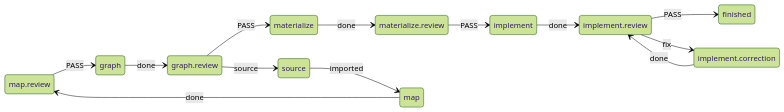
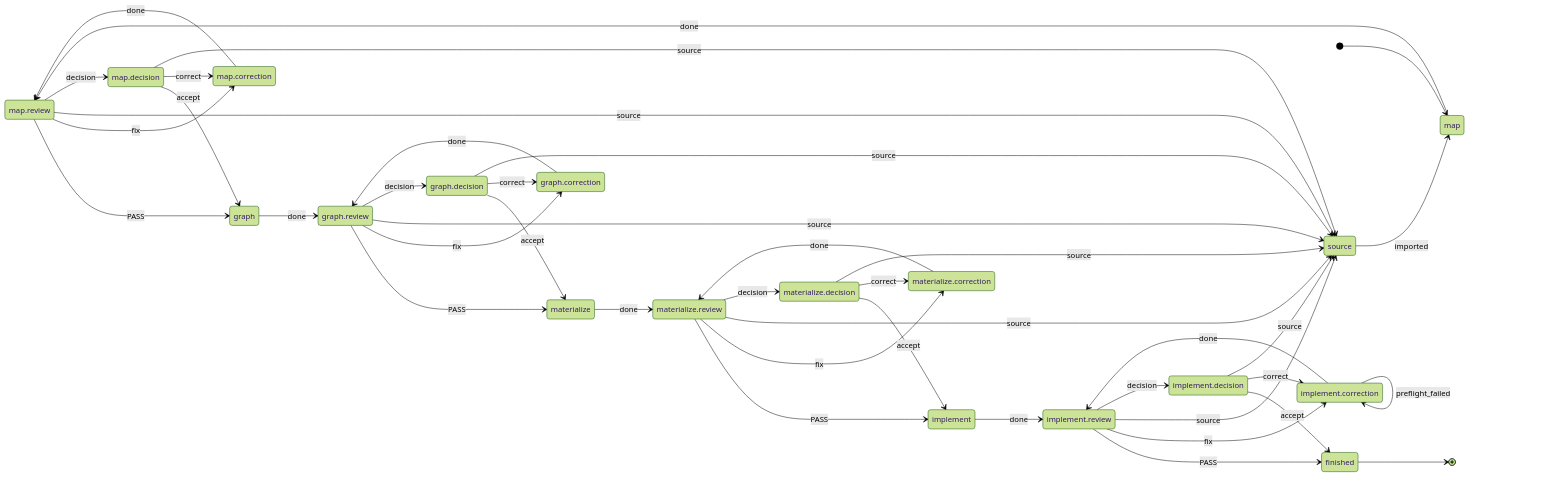
Before and after one commit to blaumohn/ki-dev: the second of 2 diagrams in README.md, drawn with Mermaid (forest theme). The commit also changed other lines of this file and 8 other files, not shown here.

First line of the commit message:
Mermaid-Diagramm aus der Ablauf-TOML: ki-dev flow show (ki-dev-ablauf-gna.13)

````diff
--- a/README.md
+++ b/README.md
@@ -172,21 +191,56 @@
 ```mermaid
 stateDiagram-v2
     direction LR
     state "map.review" as map_review
+    state "map.correction" as map_correction
+    state "map.decision" as map_decision
     state "graph.review" as graph_review
+    state "graph.correction" as graph_correction
+    state "graph.decision" as graph_decision
     state "materialize.review" as materialize_review
+    state "materialize.correction" as materialize_correction
+    state "materialize.decision" as materialize_decision
     state "implement.review" as implement_review
     state "implement.correction" as implement_correction
+    state "implement.decision" as implement_decision
+    [*] --> map
     map --> map_review: done
     map_review --> graph: PASS
+    map_review --> map_correction: fix
+    map_review --> source: source
+    map_review --> map_decision: decision
+    map_correction --> map_review: done
+    map_decision --> graph: accept
+    map_decision --> map_correction: correct
+    map_decision --> source: source
     graph --> graph_review: done
     graph_review --> materialize: PASS
+    graph_review --> graph_correction: fix
+    graph_review --> source: source
+    graph_review --> graph_decision: decision
+    graph_correction --> graph_review: done
+    graph_decision --> materialize: accept
+    graph_decision --> graph_correction: correct
+    graph_decision --> source: source
     materialize --> materialize_review: done
     materialize_review --> implement: PASS
+    materialize_review --> materialize_correction: fix
+    materialize_review --> source: source
+    materialize_review --> materialize_decision: decision
+    materialize_correction --> materialize_review: done
+    materialize_decision --> implement: accept
+    materialize_decision --> materialize_correction: correct
+    materialize_decision --> source: source
     implement --> implement_review: done
     implement_review --> finished: PASS
     implement_review --> implement_correction: fix
+    implement_review --> source: source
+    implement_review --> implement_decision: decision
     implement_correction --> implement_review: done
-    graph_review --> source: source
+    implement_correction --> implement_correction: preflight_failed
+    implement_decision --> finished: accept
+    implement_decision --> implement_correction: correct
+    implement_decision --> source: source
     source --> map: imported
+    finished --> [*]
 ```
````
